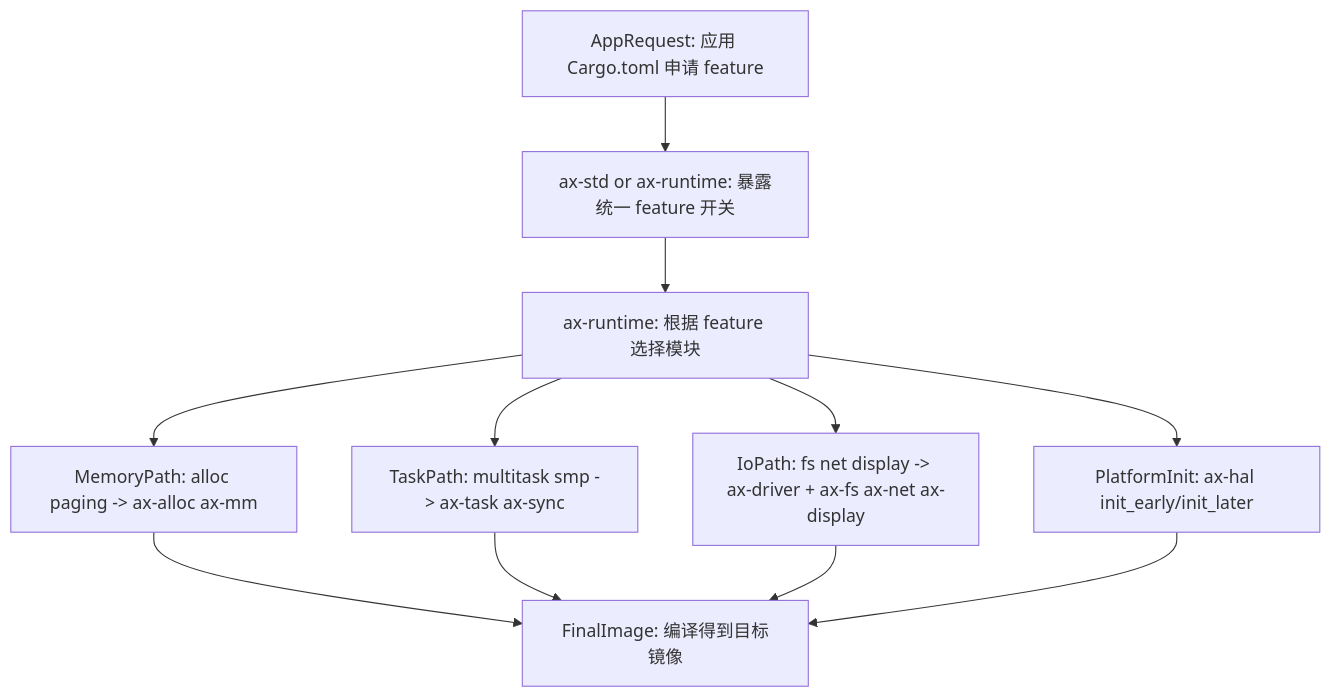
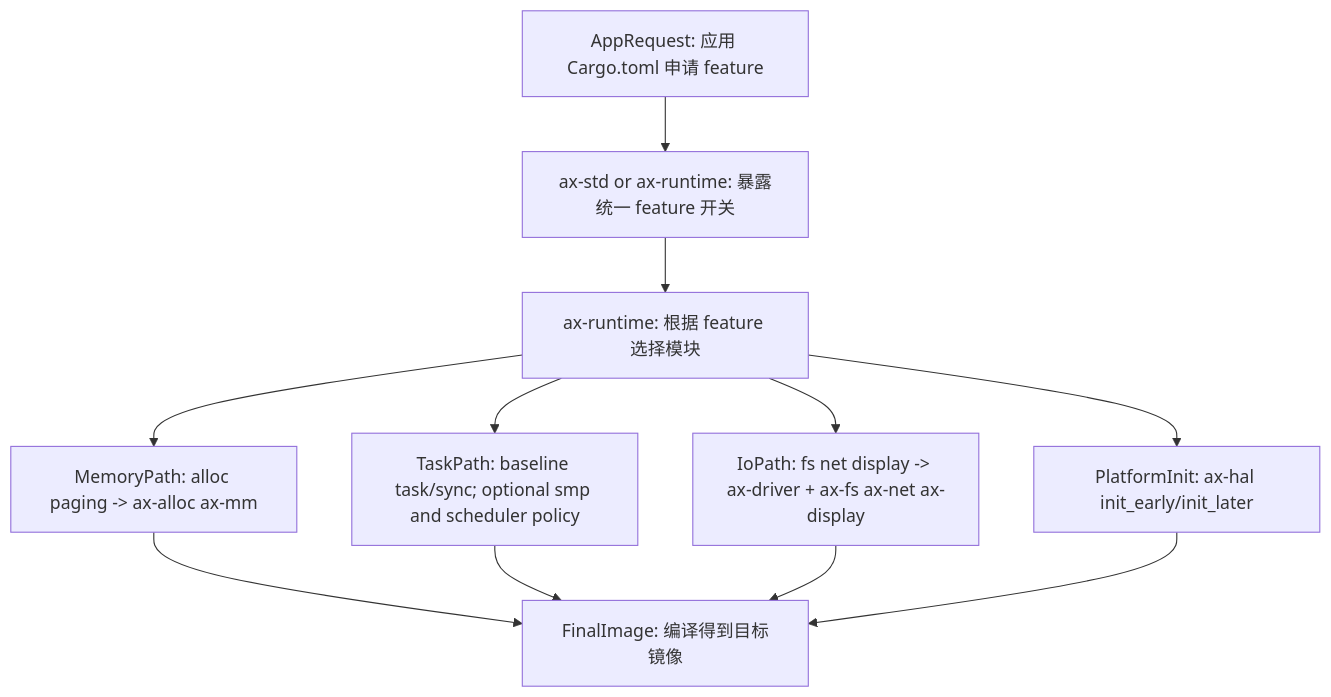
Before and after one commit to 451846939/tgoskits: the second of 5 diagrams in docs/docs/architecture/arceos/overview.md, drawn with Mermaid. The commit also changed other lines of this file and 130 other files, not shown here.

````diff
--- a/docs/docs/architecture/arceos/overview.md
+++ b/docs/docs/architecture/arceos/overview.md
@@ -125,22 +125,22 @@
 ```mermaid
 flowchart TD
     appRequest["AppRequest: 应用 Cargo.toml 申请 feature"]
     axstdAxfeat["ax-std or ax-runtime: 暴露统一 feature 开关"]
     runtimeGate["ax-runtime: 根据 feature 选择模块"]
     memPath["MemoryPath: alloc paging -> ax-alloc ax-mm"]
-    taskPath["TaskPath: multitask smp -> ax-task ax-sync"]
+    taskPath["TaskPath: baseline task/sync; optional smp and scheduler policy"]
     ioPath["IoPath: fs net display -> ax-driver + ax-fs ax-net ax-display"]
     platformInit["PlatformInit: ax-hal init_early/init_later"]
     finalImage["FinalImage: 编译得到目标镜像"]
 
     appRequest --> axstdAxfeat
     axstdAxfeat --> runtimeGate
     runtimeGate --> memPath
     runtimeGate --> taskPath
     runtimeGate --> ioPath
     runtimeGate --> platformInit
     memPath --> finalImage
     taskPath --> finalImage
     ioPath --> finalImage
     platformInit --> finalImage
 ```
````
